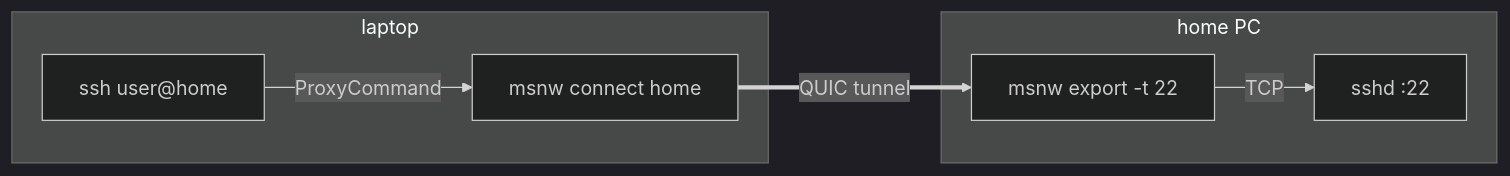
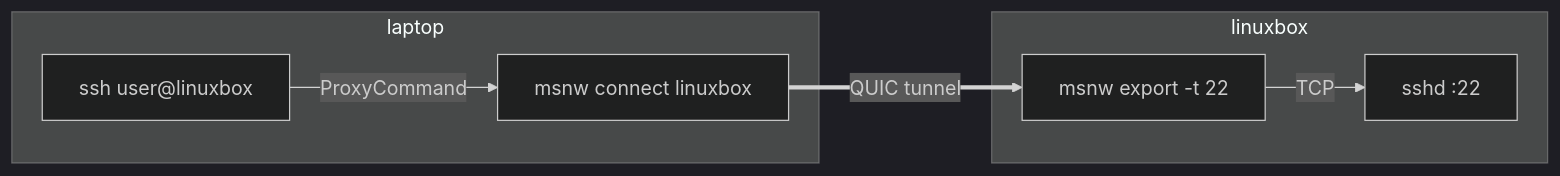
Before and after one commit to ikeji/mysmallnetwork: the second of 7 diagrams in README.md, drawn with Mermaid (dark theme). The commit also changed other lines of this file and 6 other files, not shown here.

````diff
--- a/README.md
+++ b/README.md
@@ -85,10 +87,10 @@
 ```mermaid
 flowchart LR
     subgraph laptop
-        s["ssh user@home"] -->|ProxyCommand| mc["msnw connect home"]
+        s["ssh user@linuxbox"] -->|ProxyCommand| mc["msnw connect linuxbox"]
     end
-    subgraph home["home PC"]
+    subgraph linuxbox
         ex["msnw export -t 22"] -->|TCP| sshd["sshd :22"]
     end
     mc ==>|QUIC tunnel| ex
 ```
````
